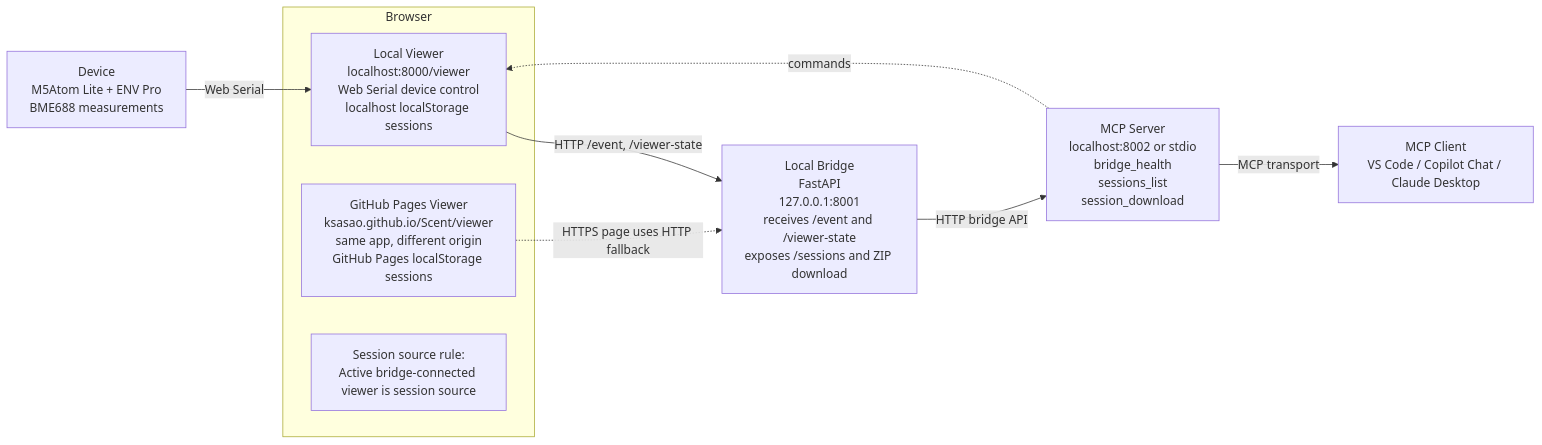
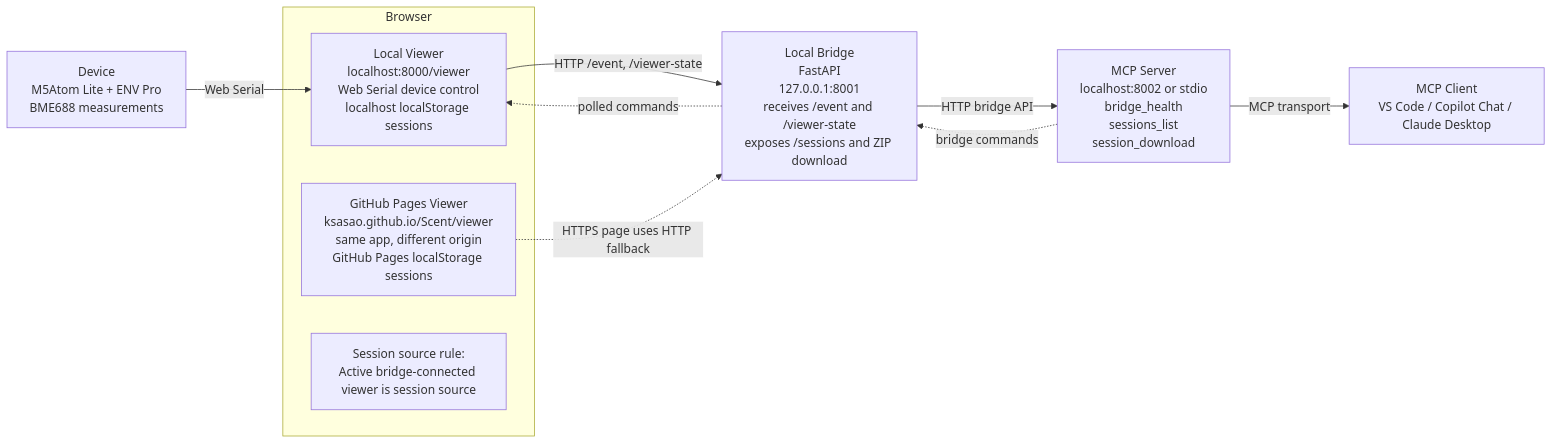
Before and after one commit to ksasao/Scent: the diagram in README.md, drawn with Mermaid. The commit also changed other lines of this file and 2 other files, not shown here.

````diff
--- a/README.md
+++ b/README.md
@@ -67,21 +67,22 @@
 ```mermaid
 flowchart LR
 		D["Device<br/>M5Atom Lite + ENV Pro<br/>BME688 measurements"]
 
 		subgraph B["Browser"]
 			LV["Local Viewer<br/>localhost:8000/viewer<br/>Web Serial device control<br/>localhost localStorage sessions"]
 			GV["GitHub Pages Viewer<br/>ksasao.github.io/Scent/viewer<br/>same app, different origin<br/>GitHub Pages localStorage sessions"]
 			SR["Session source rule:<br/>Active bridge-connected viewer is session source"]
 		end
 
 		LB["Local Bridge<br/>FastAPI<br/>127.0.0.1:8001<br/>receives /event and /viewer-state<br/>exposes /sessions and ZIP download"]
 		MS["MCP Server<br/>localhost:8002 or stdio<br/>bridge_health<br/>sessions_list<br/>session_download"]
 		MC["MCP Client<br/>VS Code / Copilot Chat / Claude Desktop"]
 
 		D -->|Web Serial| LV
 		LV -->|HTTP /event, /viewer-state| LB
 		GV -.->|HTTPS page uses HTTP fallback| LB
 		LB -->|HTTP bridge API| MS
 		MS -->|MCP transport| MC
-		MS -. commands .-> LV
+		MS -. bridge commands .-> LB
+		LB -. polled commands .-> LV
 ```
````
